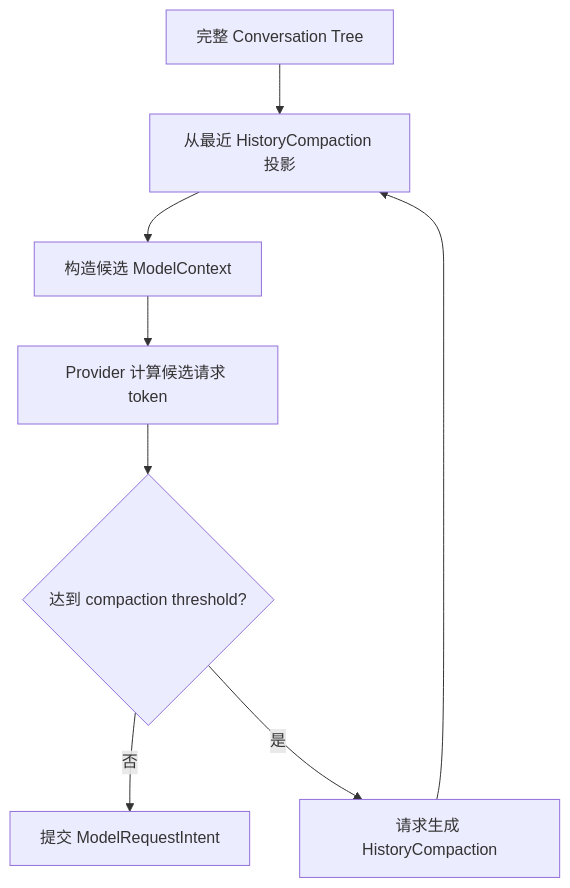
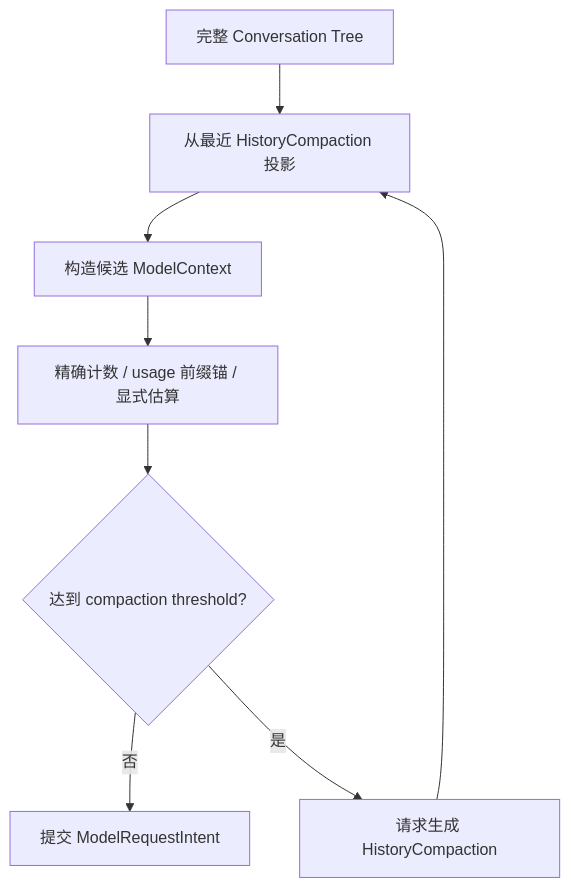
One commit to xiesunsun/MyOpenClaw changed the second of 3 diagrams in docs/upgrade/2026-08-27-observation-driven-runtime-findings.md. Above: the diagram before and after it, drawn with Mermaid. The commit also changed other lines of this file and 35 other files, not shown here.

````diff
--- a/docs/upgrade/2026-08-27-observation-driven-runtime-findings.md
+++ b/docs/upgrade/2026-08-27-observation-driven-runtime-findings.md
@@ -136,10 +136,10 @@
 ```mermaid
 flowchart TD
     T[完整 Conversation Tree] --> P[从最近 HistoryCompaction 投影]
     P --> C[构造候选 ModelContext]
-    C --> E[Provider 计算候选请求 token]
+    C --> E[精确计数 / usage 前缀锚 / 显式估算]
     E --> Q{达到 compaction threshold?}
     Q -->|否| I[提交 ModelRequestIntent]
     Q -->|是| H[请求生成 HistoryCompaction]
     H --> P
 ```
````
